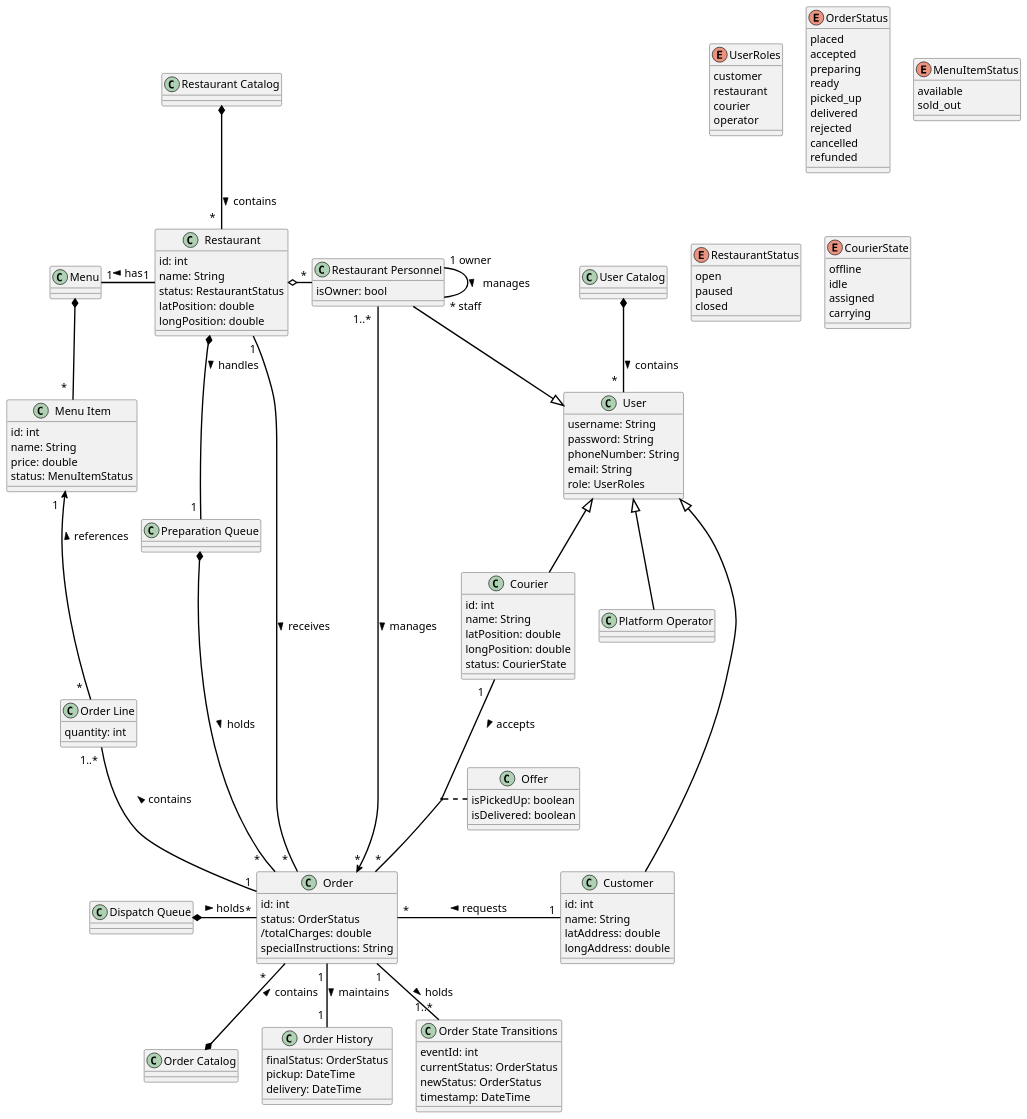
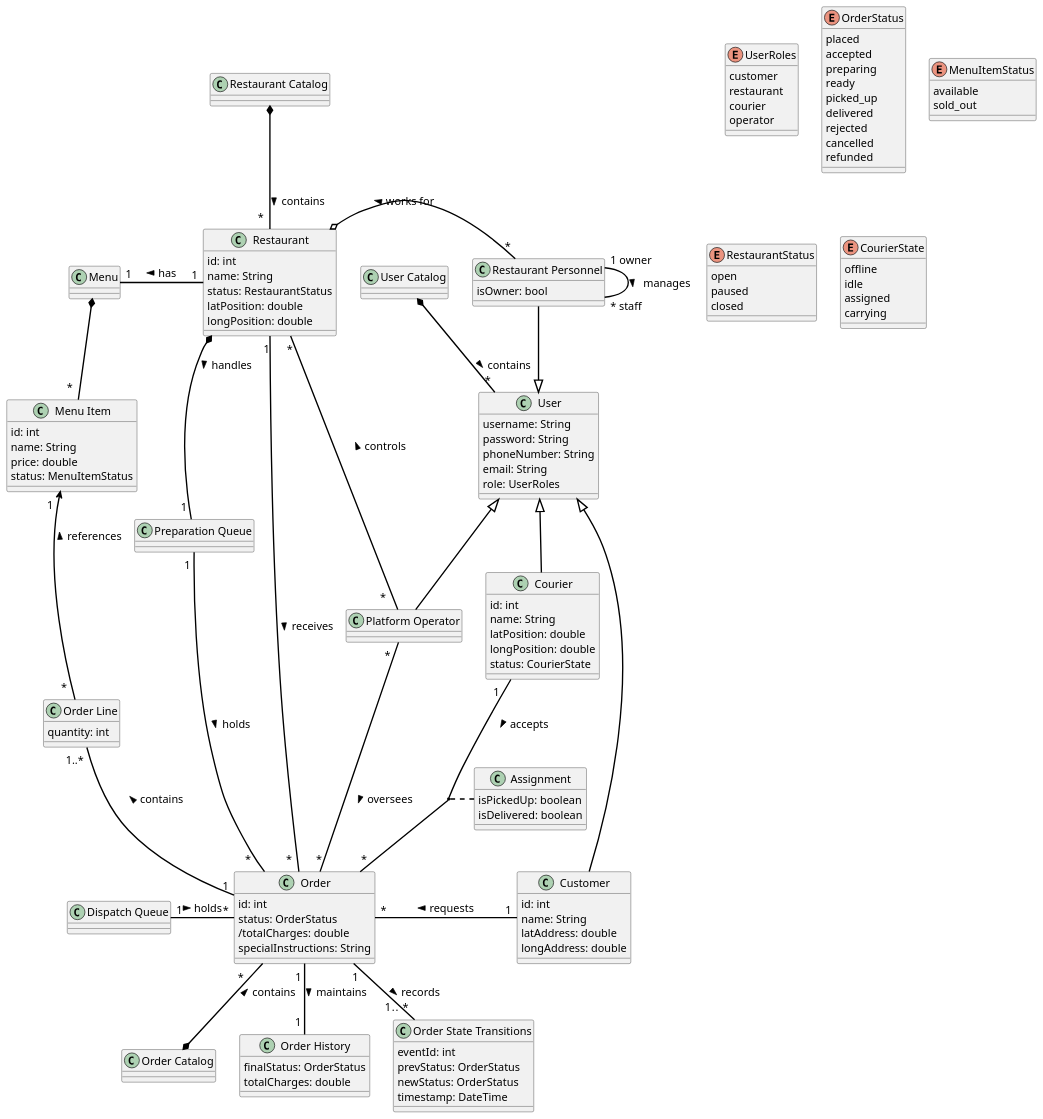
Before and after one commit to MonishKD/HelloWorldprint_HI: the diagram in diagrams/domainModel.puml, drawn with PlantUML.

Commit message:
Minor fixes and corrections to the domain model

```diff
--- a/diagrams/domainModel.puml
+++ b/diagrams/domainModel.puml
@@ -1,192 +1,196 @@
 @startuml Domain Model 
 skinparam DefaultFontName Arial
 skinparam DefaultFontSize 16
 skinparam DefaultFontStyle bold
 skinparam ArrowThickness 2.0
 skinparam ArrowColor #black
 
 '----------- List of Catalogs -------------------
 class "User Catalog" as UserCatalog {
 
 }
 
 class "Restaurant Catalog" as RestCatalog {
 
 }
 
 class "Order Catalog" as OrderCatalog {
 
 }
 
 '---------- List of Entities ------------------
 class "User" as User {
     username: String
     password: String
     phoneNumber: String
     email: String
     role: UserRoles
 }
 
 class "Customer" as Customer {
     id: int
     name: String
     latAddress: double
     longAddress: double
 }
 
 class "Restaurant" as Restaurant {
     id: int
     name: String
     status: RestaurantStatus
     latPosition: double
     longPosition: double
 }
 
 class "Restaurant Personnel" as RestPers {
     isOwner: bool
 }
 
 'vehicleType like uber eats??'
 class "Courier" as Courier {
     id: int
     name: String
     latPosition: double
     longPosition: double
     status: CourierState
 }
 
 class "Platform Operator" as PlatOp {
 
 }
 
 class "Order" as Order {
     id: int
     status: OrderStatus
     /totalCharges: double
     specialInstructions: String
 }
 
 class "Order Line" as OrderLine {
     quantity: int
 }
 
 class "Menu" as Menu {
 
 }
 
 class "Menu Item" as MenuItem {
     id: int
     name: String
     price: double
     status: MenuItemStatus
 }
 
 class "Preparation Queue" as PQ {
 
 }
 
 class "Dispatch Queue" as DQ {
 
 }
 
 class "Order History" as OrderHistory {
     finalStatus: OrderStatus
-    pickup: DateTime
-    delivery: DateTime
+    totalCharges: double
 }
 
 class "Order State Transitions" as OST {
     eventId: int
-    currentStatus: OrderStatus
+    prevStatus: OrderStatus
     newStatus: OrderStatus
     timestamp: DateTime
 }
 
-class "Offer" as Offer {
+class "Assignment" as Offer {
     isPickedUp: boolean
     isDelivered: boolean
 }
 
 
 '---------- List of associations/relationships -----------'
 User <|-- Courier
 User <|-- Customer
 User <|-up- RestPers
 User <|-- PlatOp
-UserCatalog *-down- "~*  " User: "contains >"
+UserCatalog *-down- "~*" User: "contains >"
 RestCatalog *-- "~*  " Restaurant : "contains >"
 OrderCatalog *-up- "~*     " Order: "contains >"
 
 'Restaurant -> MenuItem -> Order ===================='
-Restaurant o-right- "~*" RestPers
+Restaurant o-right- "~*" RestPers: "works for <"
 RestPers "1 owner" -- "~* staff" RestPers: "manages >"
 Restaurant "1" -left- "1" Menu : "has >"
 Menu *-down- "~*  " MenuItem 
 MenuItem "1  " <-down- "~*  " OrderLine: "references <"
 OrderLine "1..~* " -right- "1" Order: "contains <"
 ' MenuItem "1..~*" -- "~*" Order: "is-composed-of <"
 ' (MenuItem, Order) .. OrderLine
 
 'Restaurant -> PQ -> Order ========================='
-PQ *-down- "~*   " Order: "holds >"
+PQ "1 "-down- "~*   " Order: "holds >"
 Restaurant *-down- "1 " PQ: "handles >"
 
 
 'Customer, DQ -> Order ===================='
 Customer "1" -left- "~*" Order: "requests >" 
-DQ *-right- "~*" Order: "holds >"
+DQ "1 " -right- "~*" Order: "holds >"
 
 
 'Courier -> Offer -> Order ====================''
 Courier "1   " -- "~*" Order: "accepts >"
 (Courier, Order) .. Offer
 
 
 'Order-> History, State Transition ====================''
 OrderHistory "1 " -up- "1 " Order: "maintains <"
-Order "1" -down- "1..~*" OST: "holds >"
+Order "1" -down- "1..  ~*" OST: "records >"
 
 'Restaurant-Order =================='
 Restaurant "1" -down- "~*  " Order: "receives >"
-RestPers "1..*  " --> "*" Order: "manages >"
+'RestPers "1..*  " --> "*" Order: "manages >"
+
+'Platform Operator ====================='
+PlatOp "~*   " -up- "~*" Restaurant: "controls >"
+PlatOp "~*  " -down- "~*" Order: "oversees >" 
+
 
 '-----List of possible enum classes: capitalize them??-------'
 enum "UserRoles" as UserRoles {
     customer
     restaurant
     courier
     operator
 }
 
 enum "OrderStatus" as OrderStatus {
     placed
     accepted
     preparing
     ready
     picked_up
     delivered
     rejected
     cancelled
     refunded
 }
 
 'Or we can create a boolean attribute in Menu Item, or derived based on qty'
 enum "MenuItemStatus" as MenuItemStatus {
     available
     sold_out
 }
 
 enum "RestaurantStatus" as RestaurantStatus {
     open
     paused
     closed
 }
 
 enum "CourierState" as CourierState {
     offline
     idle
     assigned
     carrying
 }
 
 @enduml
```
